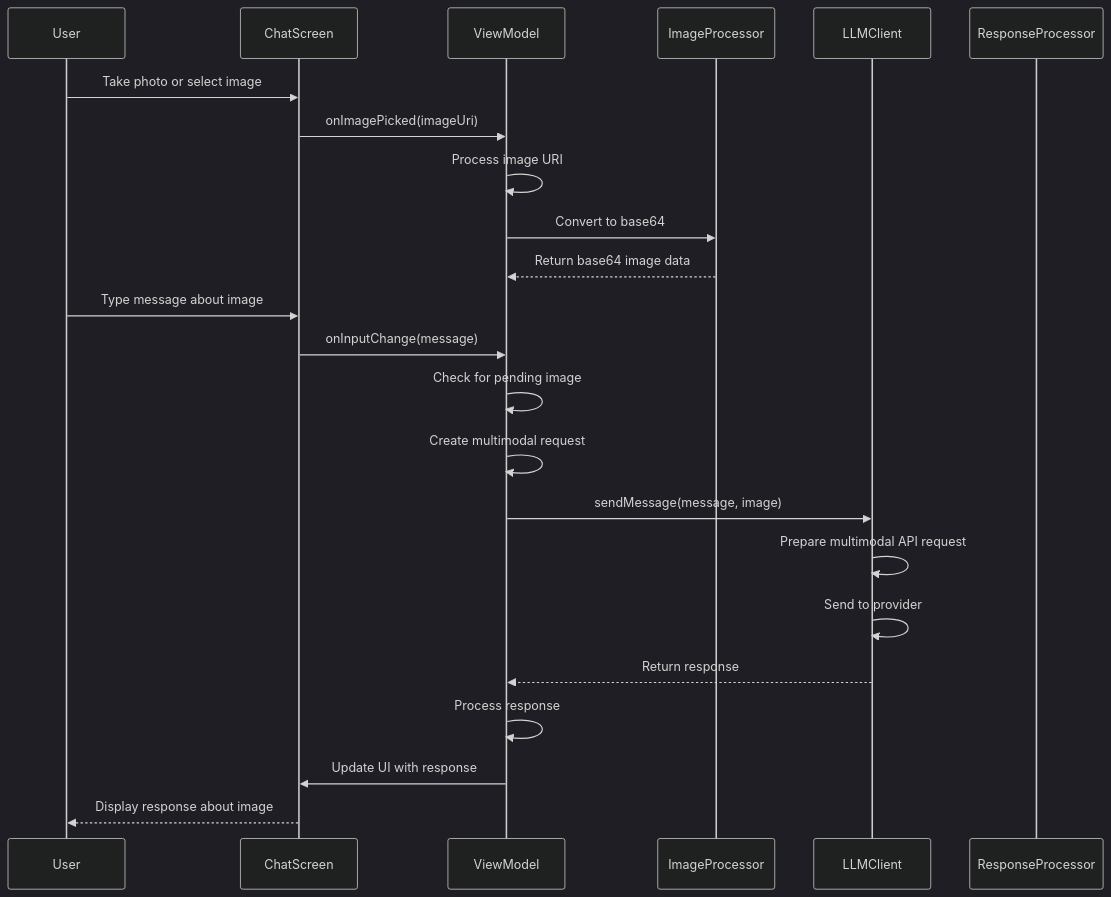
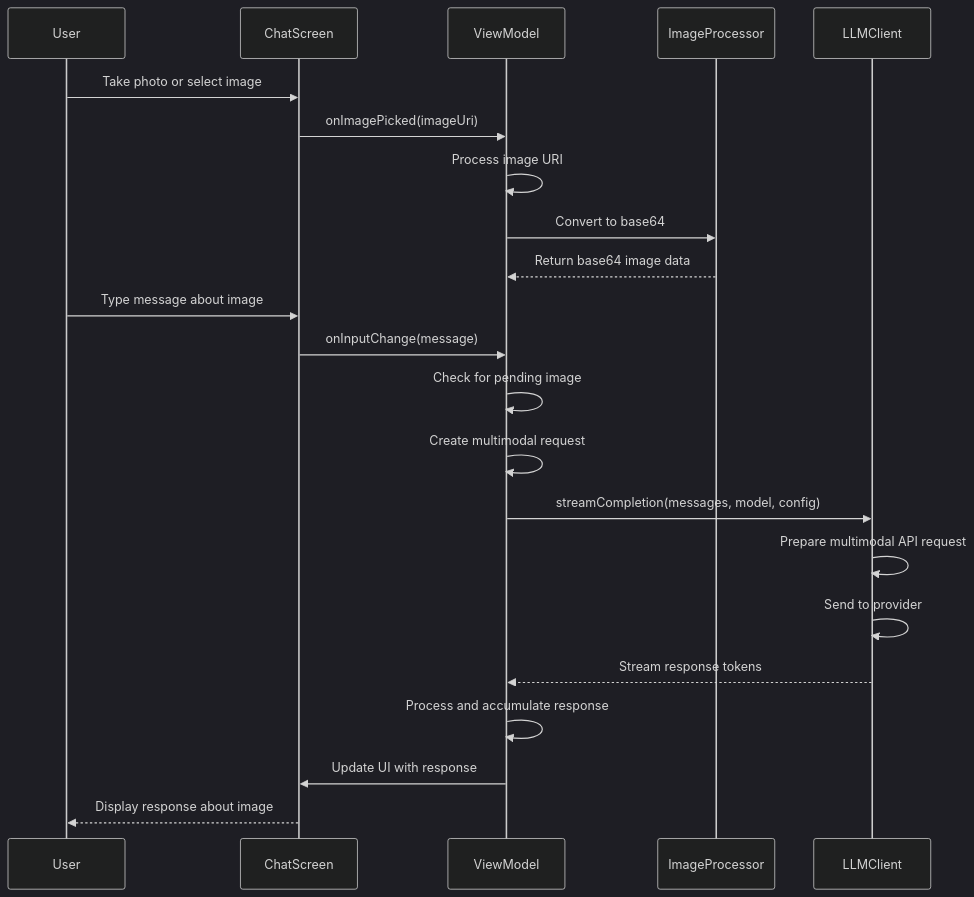
Before and after one commit to lehoang318/buddy: the fourth of 10 diagrams in docs/seq_chat.md, drawn with Mermaid (dark theme). The commit also changed other lines of this file and 7 other files, not shown here.

````diff
--- a/docs/seq_chat.md
+++ b/docs/seq_chat.md
@@ -89,26 +90,25 @@
 ```mermaid
 sequenceDiagram
     participant User
     participant ChatScreen
     participant ViewModel
     participant ImageProcessor
     participant LLMClient
-    participant ResponseProcessor
 
     User->>ChatScreen: Take photo or select image
     ChatScreen->>ViewModel: onImagePicked(imageUri)
     ViewModel->>ViewModel: Process image URI
     ViewModel->>ImageProcessor: Convert to base64
     ImageProcessor-->>ViewModel: Return base64 image data
     User->>ChatScreen: Type message about image
     ChatScreen->>ViewModel: onInputChange(message)
     ViewModel->>ViewModel: Check for pending image
     ViewModel->>ViewModel: Create multimodal request
-    ViewModel->>LLMClient: sendMessage(message, image)
+    ViewModel->>LLMClient: streamCompletion(messages, model, config)
     LLMClient->>LLMClient: Prepare multimodal API request
     LLMClient->>LLMClient: Send to provider
-    LLMClient-->>ViewModel: Return response
-    ViewModel->>ViewModel: Process response
+    LLMClient-->>ViewModel: Stream response tokens
+    ViewModel->>ViewModel: Process and accumulate response
     ViewModel->>ChatScreen: Update UI with response
     ChatScreen-->>User: Display response about image
 ```
````
